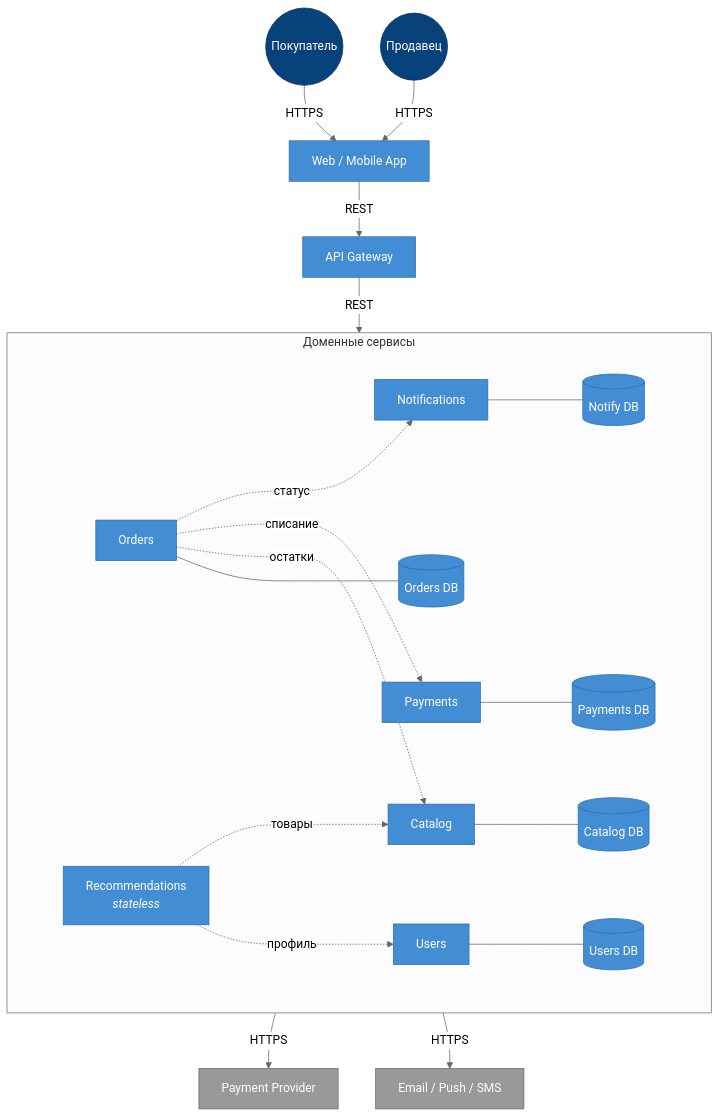
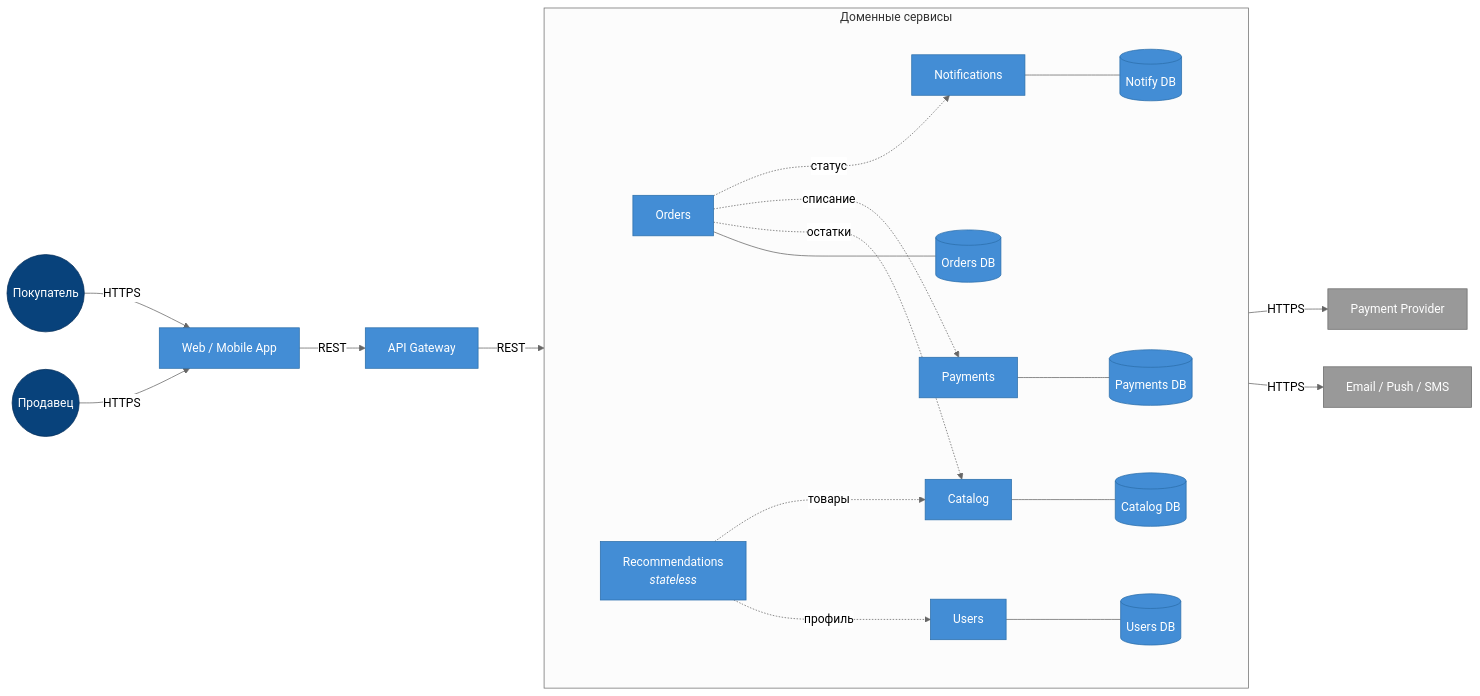
Before and after one commit to DaryaAndryeva/hw-1-Marketplace: the diagram in README.md, drawn with Mermaid (neutral theme).

````diff
--- a/README.md
+++ b/README.md
@@ -24,69 +24,69 @@
 ```mermaid
-flowchart TB
+flowchart LR
     classDef actor fill:#08427B,stroke:#052E5B,color:#fff
     classDef container fill:#438DD5,stroke:#2C6FAB,color:#fff
     classDef db fill:#438DD5,stroke:#2C6FAB,color:#fff
     classDef ext fill:#999999,stroke:#6B6B6B,color:#fff
 
     buyer(("Покупатель")):::actor
     seller(("Продавец")):::actor
 
     web["Web / Mobile App"]:::container
     gw["API Gateway"]:::container
 
     subgraph svc["Доменные сервисы"]
         direction LR
         subgraph p_users [" "]
             users["Users"]:::container
             users_db[("Users DB")]:::db
             users --- users_db
         end
         subgraph p_catalog [" "]
             catalog["Catalog"]:::container
             catalog_db[("Catalog DB")]:::db
             catalog --- catalog_db
         end
         subgraph p_recs [" "]
             recs["Recommendations<br/><i>stateless</i>"]:::container
         end
         subgraph p_orders [" "]
             orders["Orders"]:::container
             orders_db[("Orders DB")]:::db
             orders --- orders_db
         end
         subgraph p_payments [" "]
             payments["Payments"]:::container
             payments_db[("Payments DB")]:::db
             payments --- payments_db
         end
         subgraph p_notify [" "]
             notify["Notifications"]:::container
             notify_db[("Notify DB")]:::db
             notify --- notify_db
         end
     end
 
     psp["Payment Provider"]:::ext
     channels["Email / Push / SMS"]:::ext
 
     buyer -- HTTPS --> web
     seller -- HTTPS --> web
     web -- REST --> gw
     gw -- REST --> svc
 
     recs -. профиль .-> users
     recs -. товары .-> catalog
     orders -. остатки .-> catalog
     orders -. списание .-> payments
     orders -. статус .-> notify
 
     payments -- HTTPS --> psp
     notify -- HTTPS --> channels
 
     style p_users fill:transparent,stroke-width:0px
     style p_catalog fill:transparent,stroke-width:0px
     style p_recs fill:transparent,stroke-width:0px
     style p_orders fill:transparent,stroke-width:0px
     style p_payments fill:transparent,stroke-width:0px
     style p_notify fill:transparent,stroke-width:0px
 ```
````
